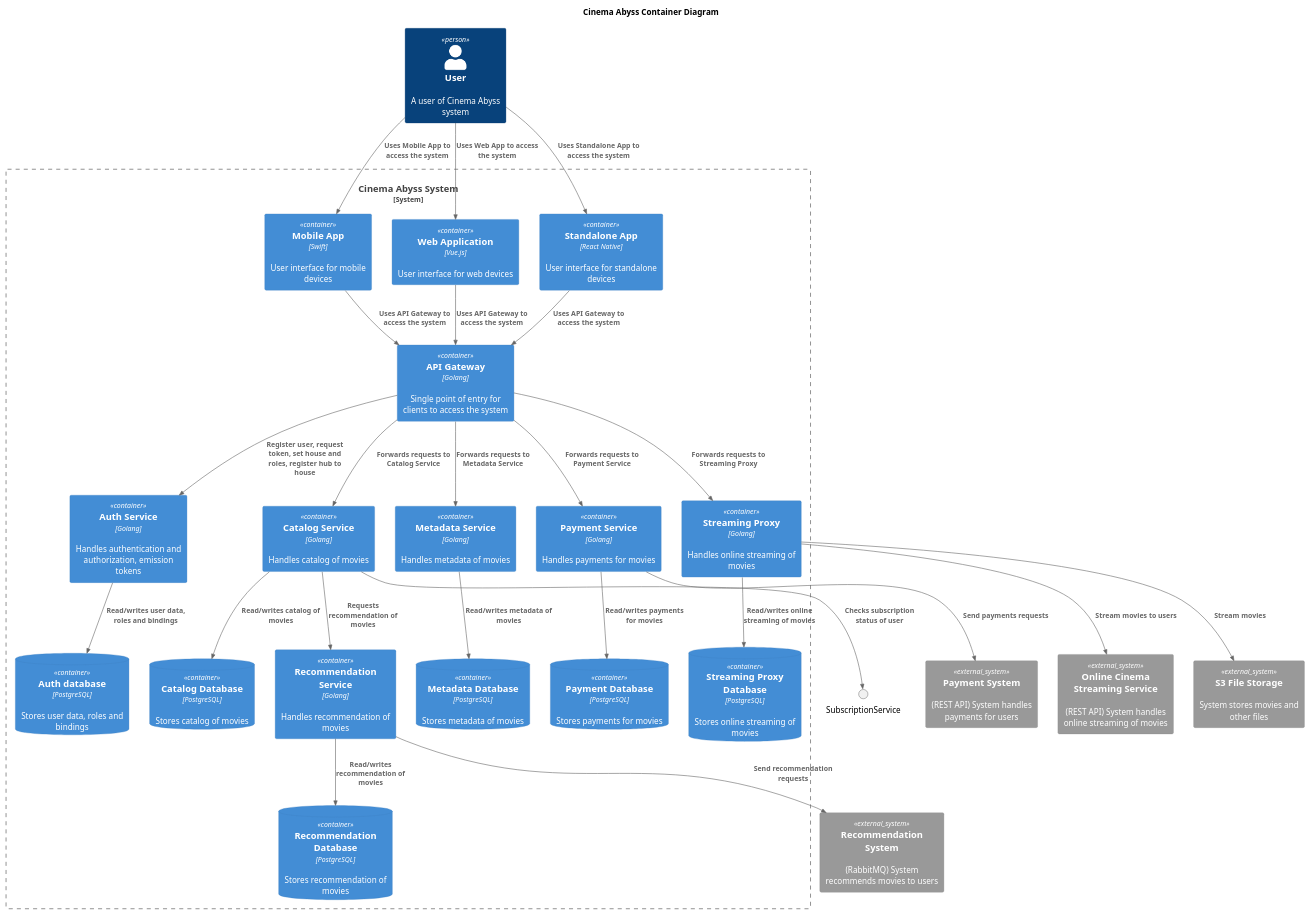
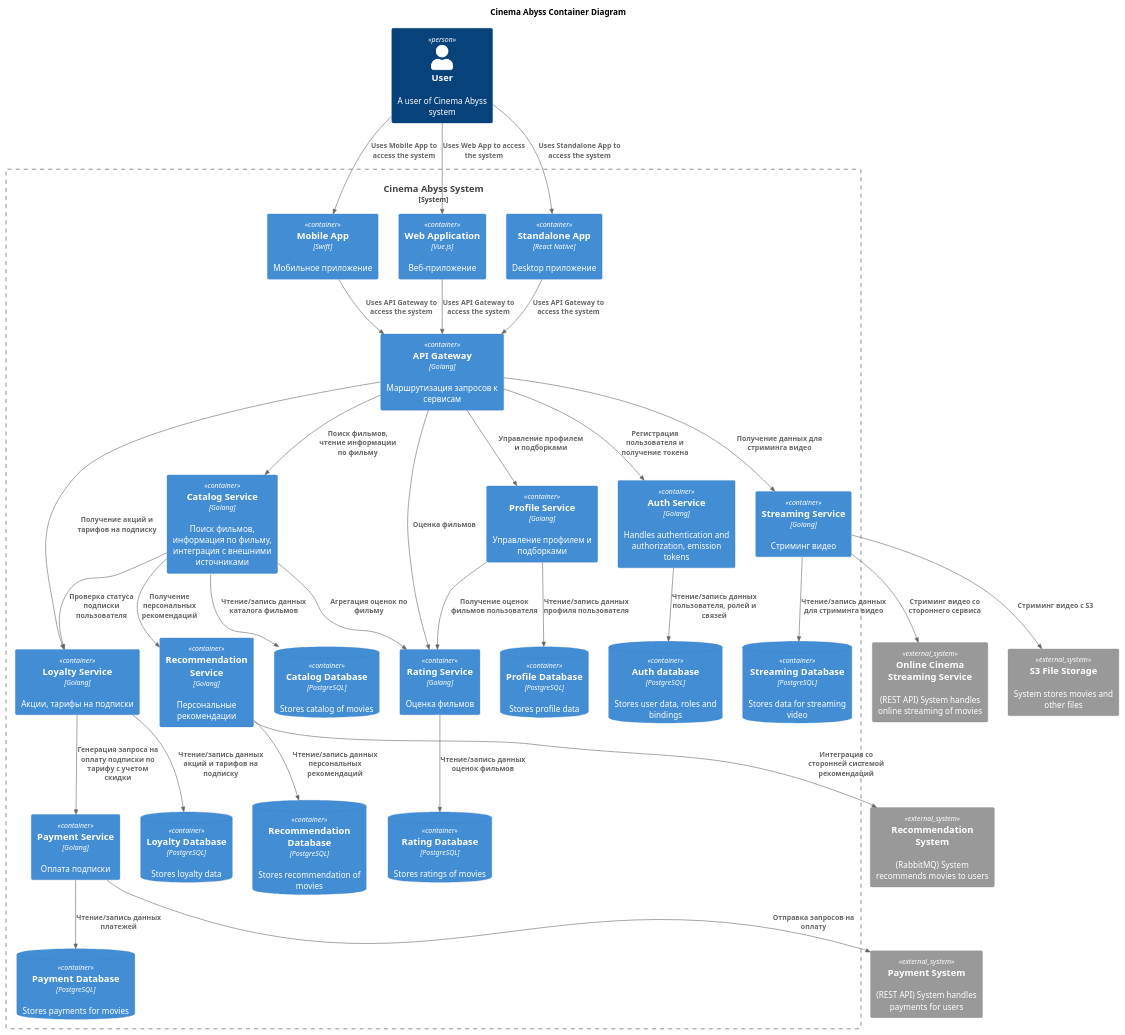
The diagram in schemes/Container.puml (catinapoke/project-cinemaabyss), drawn with PlantUML before and after one commit. The commit also changed 1 other file, not shown here.

```diff
--- a/schemes/Container.puml
+++ b/schemes/Container.puml
@@ -1,70 +1,117 @@
 @startuml
 title Cinema Abyss Container Diagram
 
 top to bottom direction
 !includeurl https://raw.githubusercontent.com/RicardoNiepel/C4-PlantUML/master/C4_Container.puml
-
 
 Person(User, "User", "A user of Cinema Abyss system")
 
 System_Ext(RecommendationSystem, "Recommendation System", "(RabbitMQ) System recommends movies to users")
 System_Ext(PaymentSystem, "Payment System", "(REST API) System handles payments for users")
 System_Ext(OnlineStreamingService, "Online Cinema Streaming Service", "(REST API) System handles online streaming of movies")
 System_Ext(FileStorage, "S3 File Storage", "System stores movies and other files")
 
+/'
+Домен: Агрегация онлайн кинотеатров
+Основные поддомены:
+- Поддомен каталога фильмов и метаданных
+  - Контекст поиска фильмов
+  - Контекст изучения информации по фильму
+  - Контекст интеграции с внешними источниками
+- Поддомен стриминга видео
+
+Вспомогательные поддомены:
+- Поддомен оценок и рейтинга фильмов
+- Поддомен управления профилем
+  - Контекст личной информации
+  - Контекст пользовательских подборок
+- Поддомен рекомендаций
+- Поддомен лояльности
+  - Контекст акций
+  - Контекст тарифов на подписки
+
+Универсальные домены:
+- Поддомен авторизации
+- Поддомен платежей
+'/
+
 System_Boundary(CinemaAbyss, "Cinema Abyss System") {
-  Container(MobileApp, "Mobile App", "Swift", "User interface for mobile devices")
-  Container(WebApp, "Web Application", "Vue.js", "User interface for web devices")
-  Container(StandaloneApp, "Standalone App", "React Native", "User interface for standalone devices")
+  ' Клиентские приложения
+  Container(MobileApp, "Mobile App", "Swift", "Мобильное приложение")
+  Container(WebApp, "Web Application", "Vue.js", "Веб-приложение")
+  Container(StandaloneApp, "Standalone App", "React Native", "Desktop приложение")
 
-  Container(APIGateway, "API Gateway", "Golang", "Single point of entry for clients to access the system")
+  Container(APIGateway, "API Gateway", "Golang", "Маршрутизация запросов к сервисам")
 
+  ' Поддомен каталога фильмов и метаданных
+  Container(CatalogService, "Catalog Service", "Golang", "Поиск фильмов, информация по фильму, интеграция с внешними источниками")
+  ContainerDb(CatalogDatabase, "Catalog Database", "PostgreSQL", "Stores catalog of movies")
+
+  ' Поддомен стриминга видео
+  Container(StreamingService, "Streaming Service", "Golang", "Стриминг видео")
+  ContainerDb(StreamingDatabase, "Streaming Database", "PostgreSQL", "Stores data for streaming video")
+
+  ' Поддомен оценок и рейтинга фильмов
+  Container(RatingService, "Rating Service", "Golang", "Оценка фильмов")
+  ContainerDb(RatingDatabase, "Rating Database", "PostgreSQL", "Stores ratings of movies")
+
+  ' Поддомен управления профилем
+  Container(ProfileService, "Profile Service", "Golang", "Управление профилем и подборками")
+  ContainerDb(ProfileDatabase, "Profile Database", "PostgreSQL", "Stores profile data")
+
+  ' Поддомен рекомендаций
+  Container(RecommendationService, "Recommendation Service", "Golang", "Персональные рекомендации")
+  ContainerDb(RecommendationDatabase, "Recommendation Database", "PostgreSQL", "Stores recommendation of movies")
+
+  ' Поддомен лояльности
+  Container(LoyaltyService, "Loyalty Service", "Golang", "Акции, тарифы на подписки")
+  ContainerDb(LoyaltyDatabase, "Loyalty Database", "PostgreSQL", "Stores loyalty data")
+
+  ' Поддомен платежей
+  Container(PaymentService, "Payment Service", "Golang", "Оплата подписки")
+  ContainerDb(PaymentDatabase, "Payment Database", "PostgreSQL", "Stores payments for movies")
+
+  ' Поддомен авторизации
   Container(AuthService, "Auth Service", "Golang", "Handles authentication and authorization, emission tokens")
   ContainerDb(AuthDatabase, "Auth database", "PostgreSQL", "Stores user data, roles and bindings")
-
-  Container(CatalogService, "Catalog Service", "Golang", "Handles catalog of movies")
-  ContainerDb(CatalogDatabase, "Catalog Database", "PostgreSQL", "Stores catalog of movies")
-
-  Container(MetadataService, "Metadata Service", "Golang", "Handles metadata of movies")
-  ContainerDb(MetadataDatabase, "Metadata Database", "PostgreSQL", "Stores metadata of movies")
-
-  Container(RecommendationService, "Recommendation Service", "Golang", "Handles recommendation of movies")
-  ContainerDb(RecommendationDatabase, "Recommendation Database", "PostgreSQL", "Stores recommendation of movies")
-
-  Container(PaymentService, "Payment Service", "Golang", "Handles payments for movies")
-  ContainerDb(PaymentDatabase, "Payment Database", "PostgreSQL", "Stores payments for movies")
-
-  Container(StreamingProxy, "Streaming Proxy", "Golang", "Handles online streaming of movies")
-  ContainerDb(StreamingProxyDatabase, "Streaming Proxy Database", "PostgreSQL", "Stores online streaming of movies")
 }
 
 Rel(User, MobileApp, "Uses Mobile App to access the system")
 Rel(User, WebApp, "Uses Web App to access the system")
 Rel(User, StandaloneApp, "Uses Standalone App to access the system")
 
 Rel(WebApp, APIGateway, "Uses API Gateway to access the system")
 Rel(MobileApp, APIGateway, "Uses API Gateway to access the system")
 Rel(StandaloneApp, APIGateway, "Uses API Gateway to access the system")
 
-Rel(APIGateway, AuthService, "Register user, request token, set house and roles, register hub to house")
-Rel(APIGateway, MetadataService, "Forwards requests to Metadata Service")
-Rel(APIGateway, CatalogService, "Forwards requests to Catalog Service")
-Rel(APIGateway, PaymentService, "Forwards requests to Payment Service")
-Rel(APIGateway, StreamingProxy, "Forwards requests to Streaming Proxy")
+Rel(APIGateway, CatalogService, "Поиск фильмов, чтение информации по фильму")
+Rel(APIGateway, StreamingService, "Получение данных для стриминга видео")
+Rel(APIGateway, RatingService, "Оценка фильмов")
+Rel(APIGateway, ProfileService, "Управление профилем и подборками")
+Rel(APIGateway, LoyaltyService, "Получение акций и тарифов на подписку")
+Rel(APIGateway, AuthService, "Регистрация пользователя и получение токена")
 
-Rel(CatalogService, SubscriptionService, "Checks subscription status of user")
-Rel(CatalogService, RecommendationService, "Requests recommendation of movies")
+Rel(CatalogService, LoyaltyService, "Проверка статуса подписки пользователя")
+Rel(CatalogService, RecommendationService, "Получение персональных рекомендаций")
 
-Rel(AuthService, AuthDatabase, "Read/writes user data, roles and bindings")
-Rel(MetadataService, MetadataDatabase, "Read/writes metadata of movies")
-Rel(RecommendationService, RecommendationDatabase, "Read/writes recommendation of movies")
-Rel(PaymentService, PaymentDatabase, "Read/writes payments for movies")
-Rel(StreamingProxy, StreamingProxyDatabase, "Read/writes online streaming of movies")
-Rel(CatalogService, CatalogDatabase, "Read/writes catalog of movies")
+Rel(AuthService, AuthDatabase, "Чтение/запись данных пользователя, ролей и связей")
+Rel(CatalogService, CatalogDatabase, "Чтение/запись данных каталога фильмов")
+Rel(RatingService, RatingDatabase, "Чтение/запись данных оценок фильмов")
+Rel(ProfileService, ProfileDatabase, "Чтение/запись данных профиля пользователя")
+Rel(RecommendationService, RecommendationDatabase, "Чтение/запись данных персональных рекомендаций")
+Rel(LoyaltyService, LoyaltyDatabase, "Чтение/запись данных акций и тарифов на подписку")
+Rel(PaymentService, PaymentDatabase, "Чтение/запись данных платежей")
+Rel(StreamingService, StreamingDatabase, "Чтение/запись данных для стриминга видео")
 
-Rel(StreamingProxy, FileStorage, "Stream movies")
-Rel(StreamingProxy, OnlineStreamingService, "Stream movies to users")
+Rel(ProfileService, RatingService, "Получение оценок фильмов пользователя")
+Rel(CatalogService, RatingService, "Агрегация оценок по фильму")
 
-Rel(PaymentService, PaymentSystem, "Send payments requests")
-Rel(RecommendationService, RecommendationSystem, "Send recommendation requests")
+Rel(StreamingService, FileStorage, "Стриминг видео с S3")
+Rel(StreamingService, OnlineStreamingService, "Стриминг видео со стороннего сервиса")
+
+Rel(LoyaltyService, PaymentService, "Генерация запроса на оплату подписки по тарифу с учетом скидки")
+
+Rel(PaymentService, PaymentSystem, "Отправка запросов на оплату")
+Rel(RecommendationService, RecommendationSystem, "Интеграция со сторонней системой рекомендаций")
+
 @enduml
```
